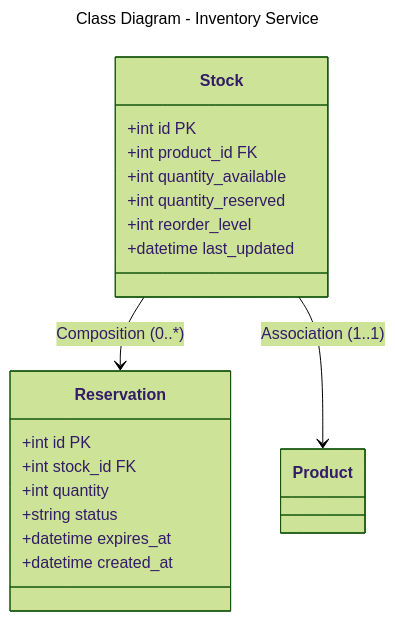
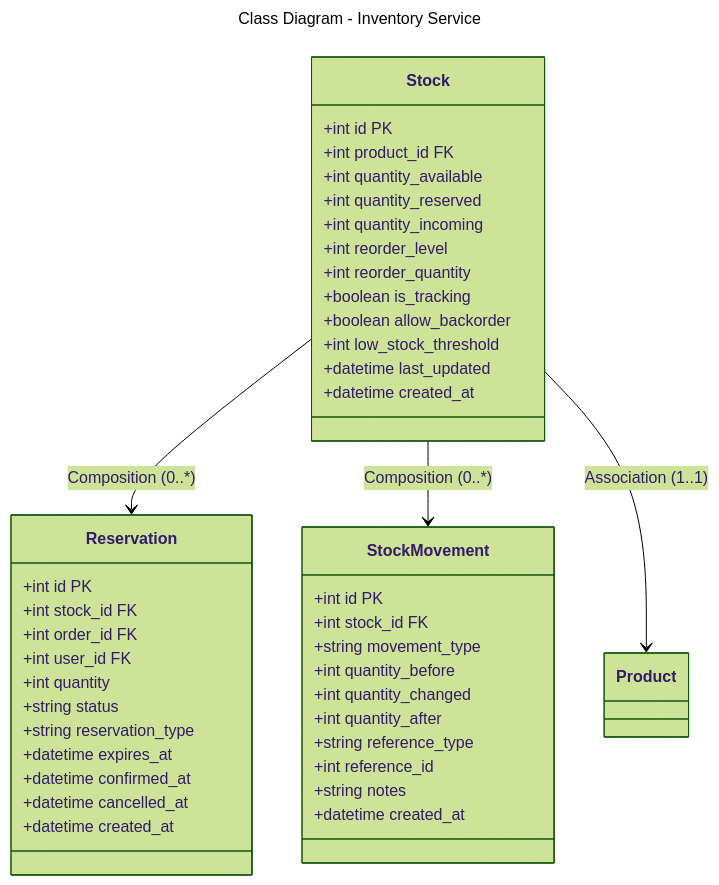
The diagram in docs/diagrams/class/inventory-service.md (Trannaaanhh/ecom), drawn with Mermaid (forest theme) before and after one commit. The commit also changed other lines of this file and 10 other files, not shown here.

Commit message:
update diagrams

````diff
--- a/docs/diagrams/class/inventory-service.md
+++ b/docs/diagrams/class/inventory-service.md
@@ -1,26 +1,51 @@
 ```mermaid
 ---
 title: Class Diagram - Inventory Service
 ---
 classDiagram
     class Stock {
         +int id PK
         +int product_id FK
         +int quantity_available
         +int quantity_reserved
+        +int quantity_incoming
         +int reorder_level
+        +int reorder_quantity
+        +boolean is_tracking
+        +boolean allow_backorder
+        +int low_stock_threshold
         +datetime last_updated
+        +datetime created_at
     }
     
     class Reservation {
         +int id PK
         +int stock_id FK
+        +int order_id FK
+        +int user_id FK
         +int quantity
         +string status
+        +string reservation_type
         +datetime expires_at
+        +datetime confirmed_at
+        +datetime cancelled_at
+        +datetime created_at
+    }
+    
+    class StockMovement {
+        +int id PK
+        +int stock_id FK
+        +string movement_type
+        +int quantity_before
+        +int quantity_changed
+        +int quantity_after
+        +string reference_type
+        +int reference_id
+        +string notes
         +datetime created_at
     }
     
     Stock --> Reservation : Composition (0..*)
+    Stock --> StockMovement : Composition (0..*)
     Stock --> Product : Association (1..1)
 ```
````
